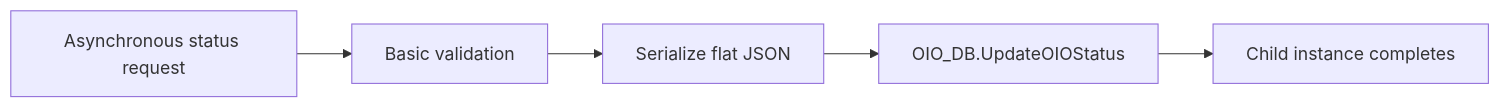
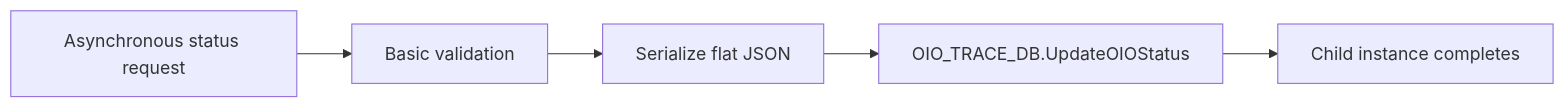
The second of 3 diagrams in oic/implementation-pattern.md (lucianosilva/oracle-integration-observability), drawn with Mermaid before and after one commit. The commit also changed other lines of this file and 2 other files, not shown here.

Commit message:
artifacts: oic fix

````diff
--- a/oic/implementation-pattern.md
+++ b/oic/implementation-pattern.md
@@ -81,7 +81,7 @@
 ```mermaid
 flowchart LR
     A[Asynchronous status request] --> B[Basic validation]
     B --> C[Serialize flat JSON]
-    C --> D[OIO_DB.UpdateOIOStatus]
+    C --> D[OIO_TRACE_DB.UpdateOIOStatus]
     D --> E[Child instance completes]
 ```
````
